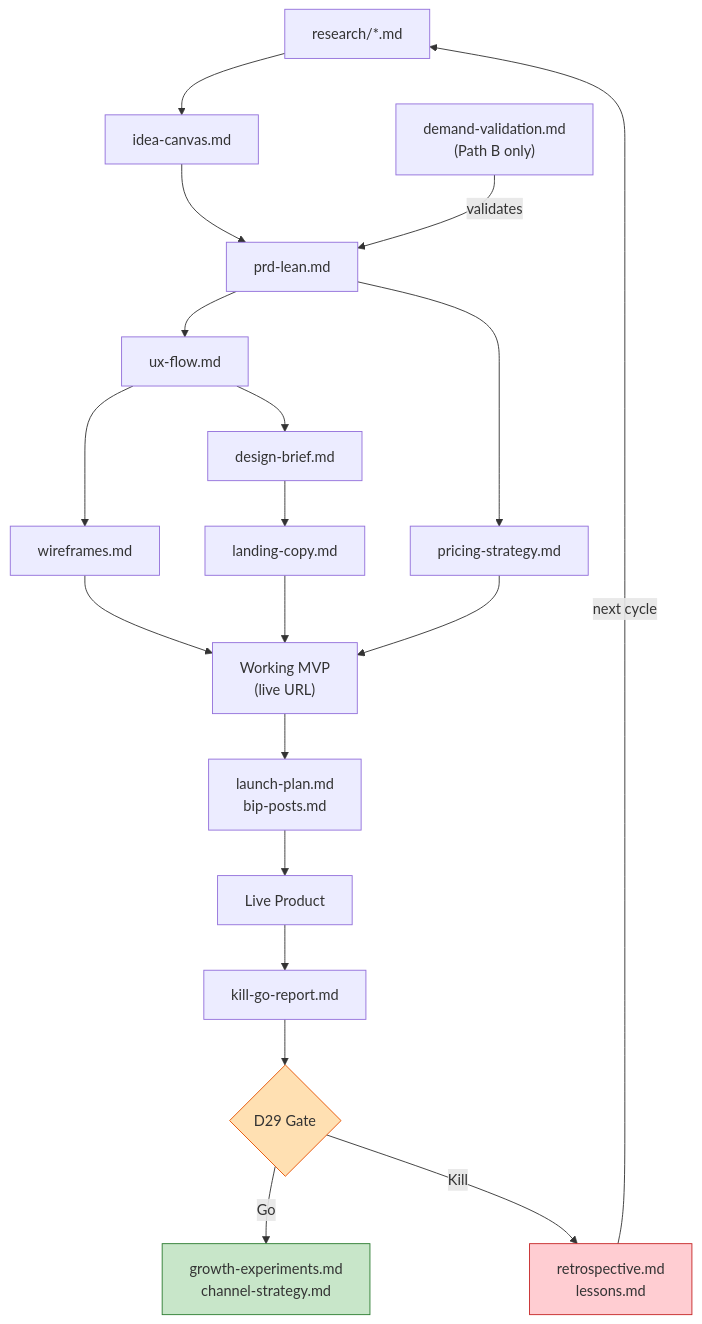
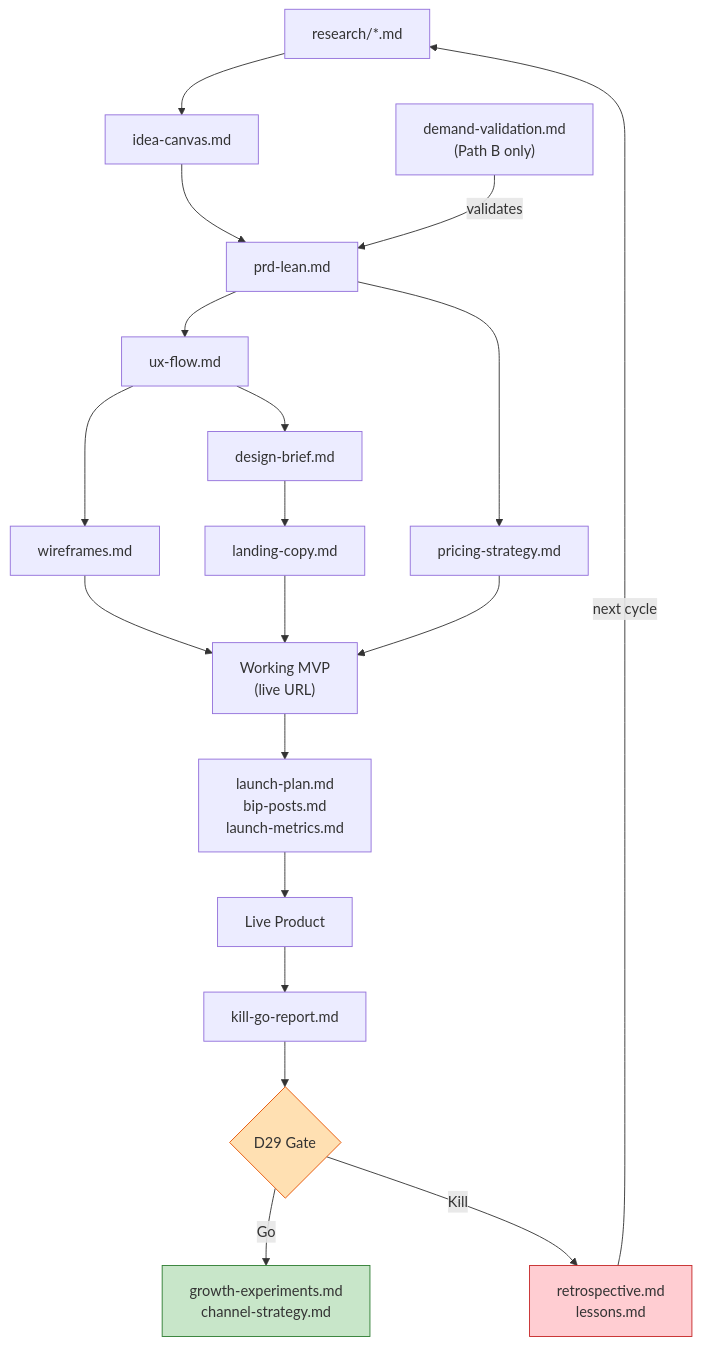
One commit to JayKim88/indie-maker changed the third of 5 diagrams in README.md. Above: the diagram before and after it, drawn with Mermaid. The commit also changed other lines of this file and 3 other files, not shown here.

````diff
--- a/README.md
+++ b/README.md
@@ -71,40 +71,40 @@
 ```mermaid
 flowchart TD
     R["research/*.md"]
     DV["demand-validation.md<br/>(Path B only)"]
     IC["idea-canvas.md"]
     PL["prd-lean.md"]
     UX["ux-flow.md"]
     WF["wireframes.md"]
     DB["design-brief.md"]
     LC["landing-copy.md"]
     PS["pricing-strategy.md"]
     MVP["Working MVP<br/>(live URL)"]
-    LP["launch-plan.md<br/>bip-posts.md"]
+    LP["launch-plan.md<br/>bip-posts.md<br/>launch-metrics.md"]
     LIVE["Live Product"]
     KG["kill-go-report.md"]
 
     R --> IC
     IC --> PL
     DV -->|validates| PL
     PL --> UX
     UX --> WF
     UX --> DB
     DB --> LC
     PL --> PS
     WF --> MVP
     LC --> MVP
     PS --> MVP
     MVP --> LP
     LP --> LIVE
     LIVE --> KG
 
     KG --> Gate{D29 Gate}
     Gate -->|Go| GR["growth-experiments.md<br/>channel-strategy.md"]
     Gate -->|Kill| RT["retrospective.md<br/>lessons.md"]
     RT -->|next cycle| R
 
     style Gate fill:#ffe0b2,stroke:#e65100
     style GR fill:#c8e6c9,stroke:#2e7d32
     style RT fill:#ffcdd2,stroke:#c62828
 ```
````
